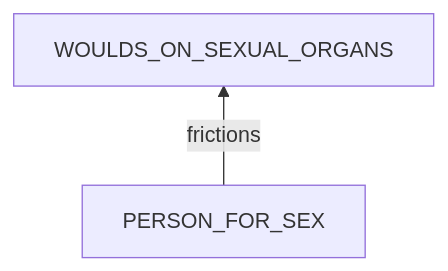
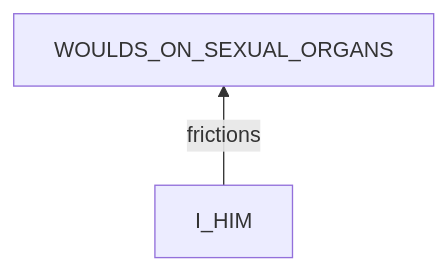
The fourth of 7 diagrams in Problem Solving/health/physiology/diseases/HIV.md (SuxinL/Notes), drawn with Mermaid before and after one commit. The commit also changed other lines of this file and 202 other files, not shown here.

````diff
--- a/Problem Solving/health/physiology/diseases/HIV.md
+++ b/Problem Solving/health/physiology/diseases/HIV.md
@@ -75,4 +75,4 @@
 ```mermaid
 flowchart BT
-    PERSON_FOR_SEX -->|frictions| WOULDS_ON_SEXUAL_ORGANS
+    I_HIM -->|frictions| WOULDS_ON_SEXUAL_ORGANS
 ```
````
